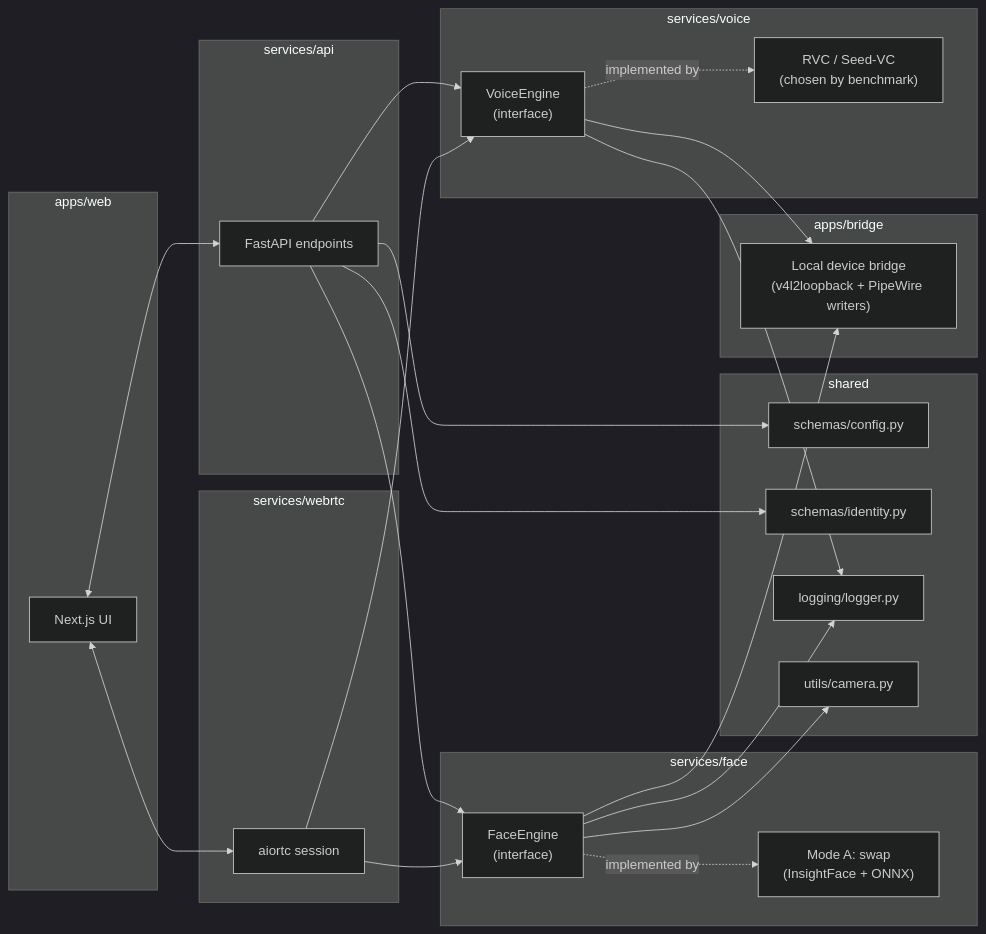
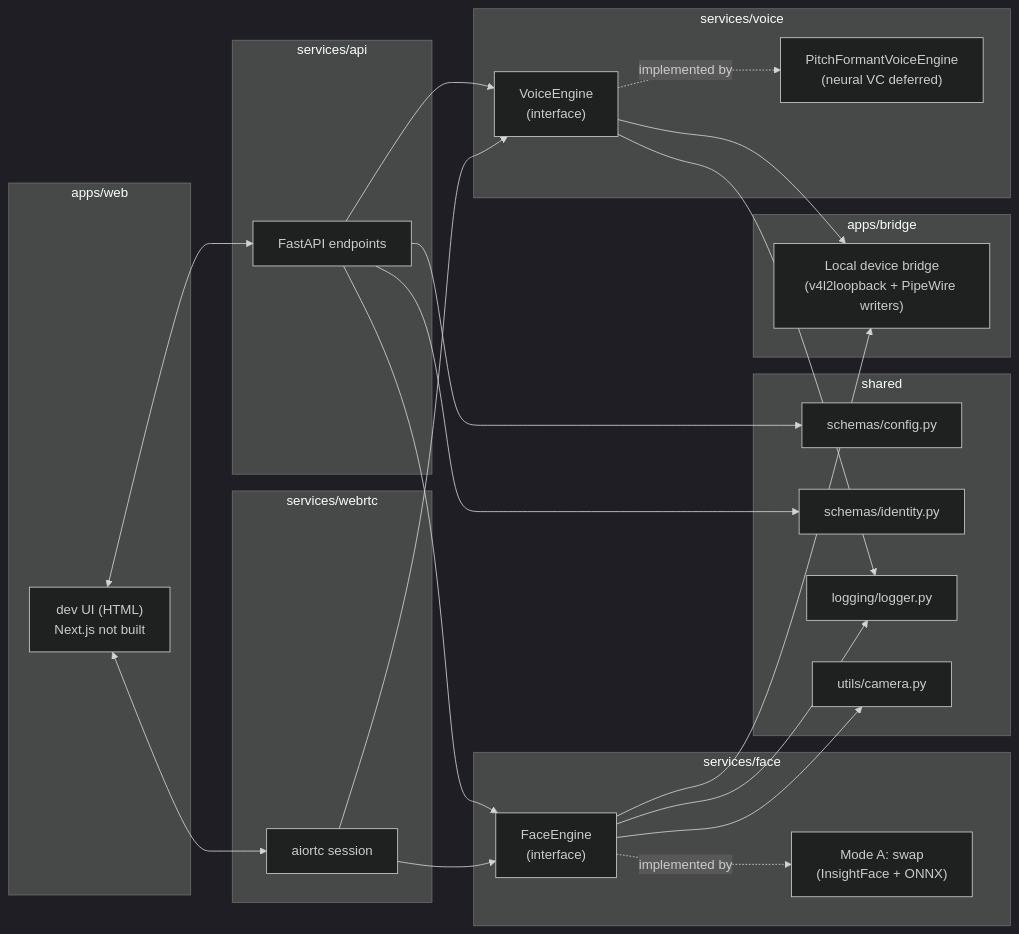
The second of 6 diagrams in ARCHITECTURE.md (CotNeo/Real-time-chat-avatar), drawn with Mermaid (dark theme) before and after one commit. The commit also changed other lines of this file and 3 other files, not shown here.

Commit message:
Docs: final README, architecture corrections, and honest closing assessment

````diff
--- a/ARCHITECTURE.md
+++ b/ARCHITECTURE.md
@@ -38,45 +38,45 @@
 ```mermaid
 flowchart LR
     subgraph apps/web
-        UI[Next.js UI]
+        UI["dev UI (HTML)\nNext.js not built"]
     end
     subgraph apps/bridge
         Bridge["Local device bridge\n(v4l2loopback + PipeWire writers)"]
     end
     subgraph services/api
         API[FastAPI endpoints]
     end
     subgraph services/face
         FaceEngine["FaceEngine\n(interface)"]
         FaceImpl["Mode A: swap\n(InsightFace + ONNX)"]
         FaceEngine -.implemented by.-> FaceImpl
     end
     subgraph services/voice
         VoiceEngine["VoiceEngine\n(interface)"]
-        VoiceImpl["RVC / Seed-VC\n(chosen by benchmark)"]
+        VoiceImpl["PitchFormantVoiceEngine\n(neural VC deferred)"]
         VoiceEngine -.implemented by.-> VoiceImpl
     end
     subgraph services/webrtc
         RTC[aiortc session]
     end
     subgraph shared
         Config[schemas/config.py]
         Schemas[schemas/identity.py]
         Logging[logging/logger.py]
         CamUtil[utils/camera.py]
     end
 
     UI <--> API
     UI <--> RTC
     API --> FaceEngine
     API --> VoiceEngine
     RTC --> FaceEngine
     RTC --> VoiceEngine
     FaceEngine --> Bridge
     VoiceEngine --> Bridge
     FaceEngine --> CamUtil
     API --> Config
     API --> Schemas
     FaceEngine --> Logging
     VoiceEngine --> Logging
 ```
````
